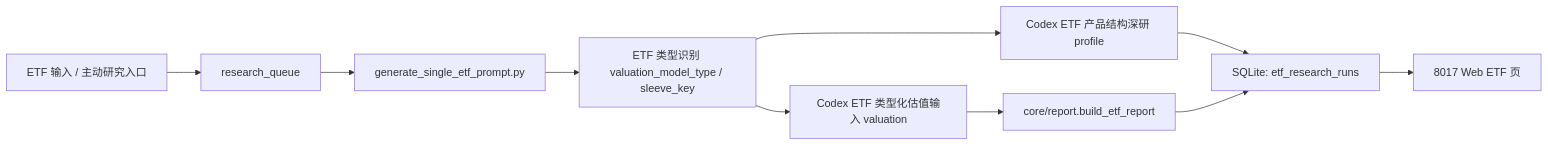
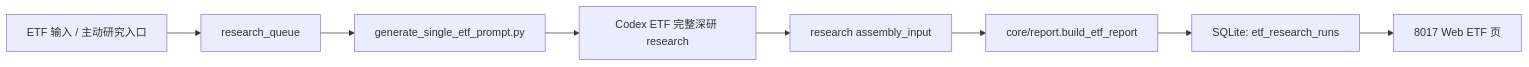
The diagram in docs/ARCHITECTURE.md (imherro/MyInvestETF), drawn with Mermaid before and after one commit. The commit also changed 15 other files, not shown here.

Commit message:
Unify ETF research task flow

````diff
--- a/docs/ARCHITECTURE.md
+++ b/docs/ARCHITECTURE.md
@@ -18,12 +18,10 @@
 ```mermaid
 flowchart LR
   A["ETF 输入 / 主动研究入口"] --> B["research_queue"]
   B --> C["generate_single_etf_prompt.py"]
-  C --> D0["ETF 类型识别 valuation_model_type / sleeve_key"]
-  D0 --> D1["Codex ETF 产品结构深研 profile"]
-  D0 --> D2["Codex ETF 类型化估值输入 valuation"]
-  D1 --> E["SQLite: etf_research_runs"]
-  D2 --> F["core/report.build_etf_report"]
-  F --> E
-  E --> G["8017 Web ETF 页"]
+  C --> D["Codex ETF 完整深研 research"]
+  D --> E["research assembly_input"]
+  E --> F["core/report.build_etf_report"]
+  F --> G["SQLite: etf_research_runs"]
+  G --> H["8017 Web ETF 页"]
 ```
````
